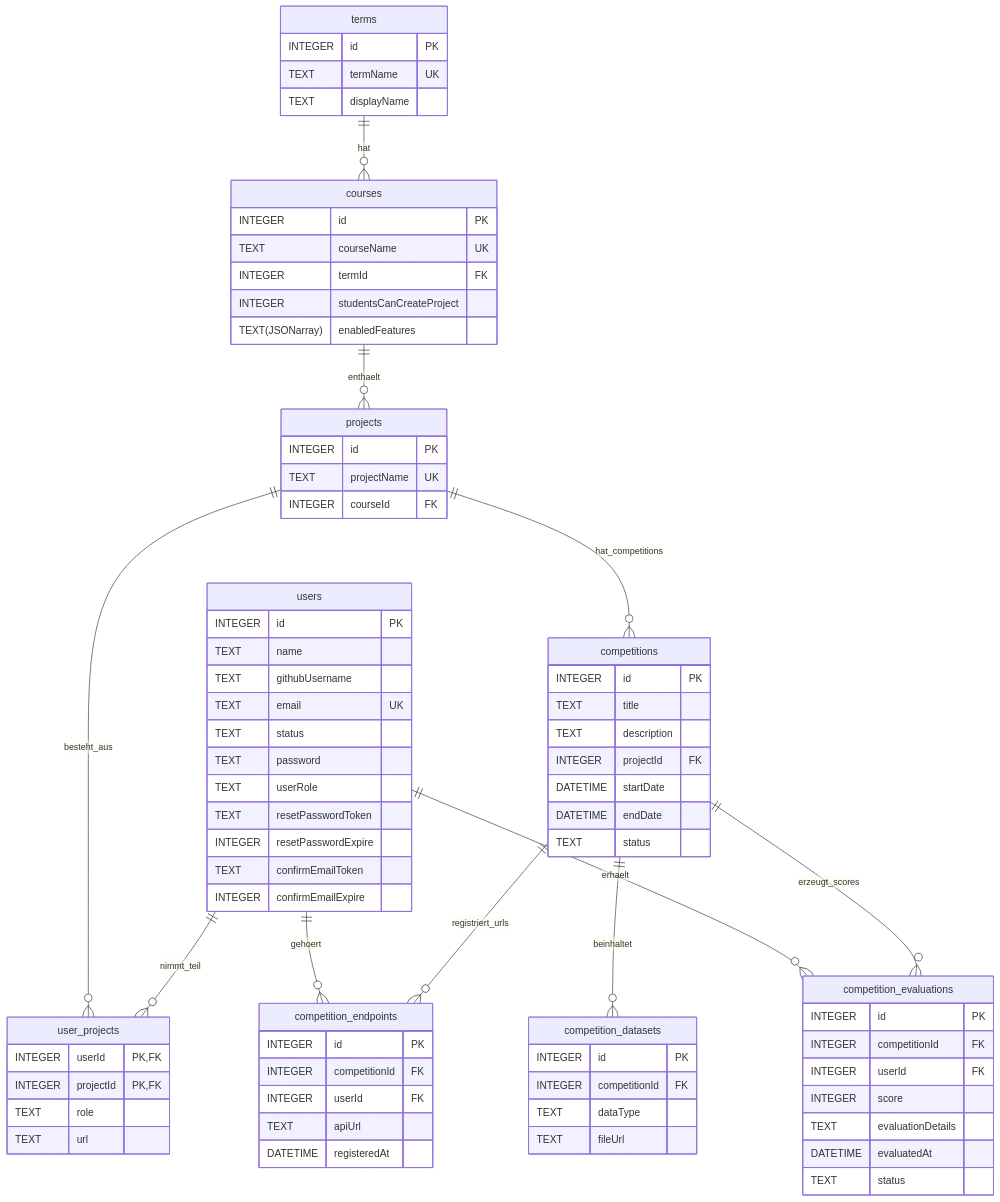
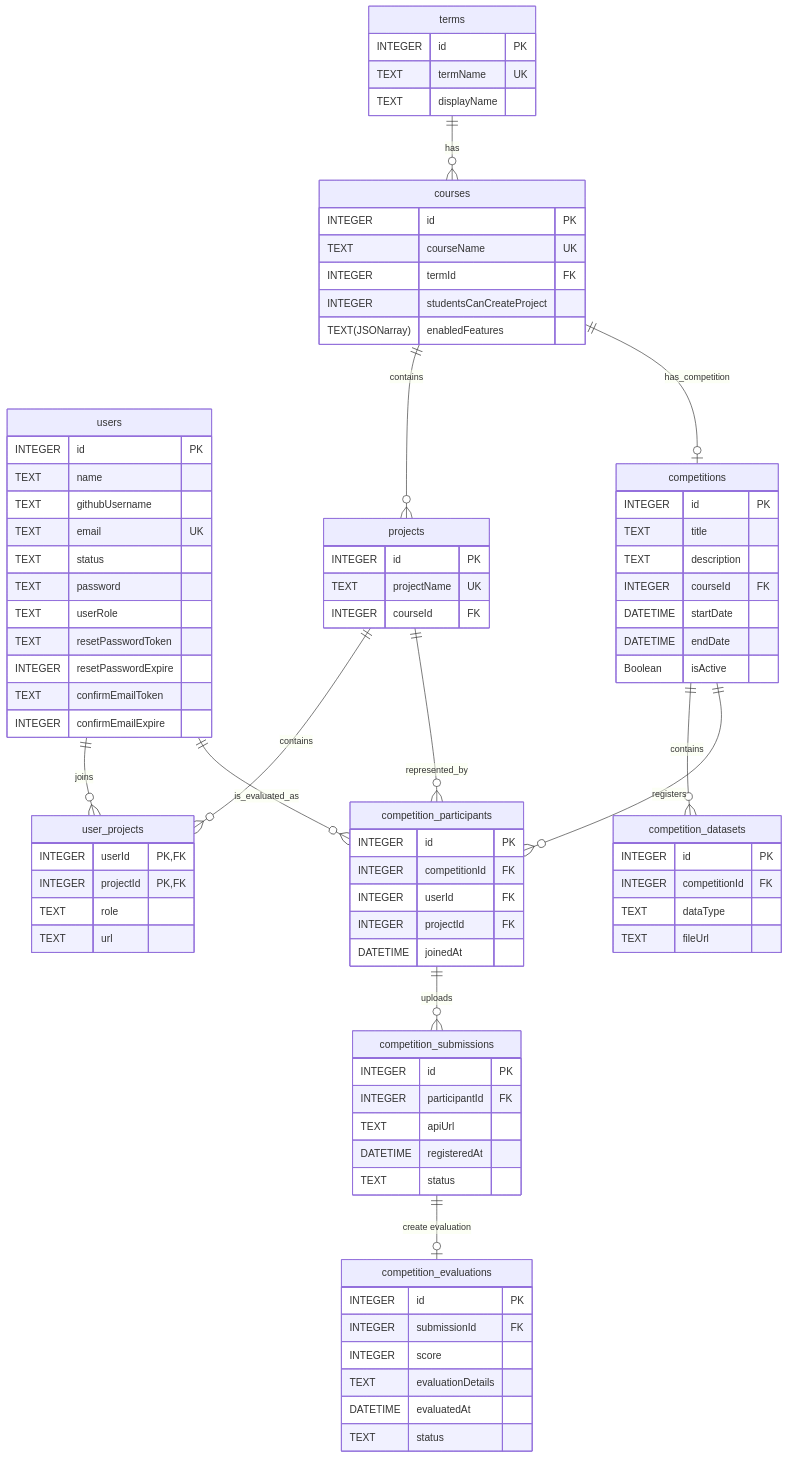
Before and after one commit to riehlegroup/happy-go-lucky: the diagram in docs/database-diagram.md, drawn with Mermaid. The commit also changed 1 other file, not shown here.

Commit message:
Adds class diagram

````diff
--- a/docs/database-diagram.md
+++ b/docs/database-diagram.md
@@ -14,6 +14,13 @@
         INTEGER resetPasswordExpire
         TEXT confirmEmailToken
         INTEGER confirmEmailExpire
+    }
+
+    user_projects {
+        INTEGER userId PK, FK
+        INTEGER projectId PK, FK
+        TEXT role
+        TEXT url
     }
 
     terms {
@@ -36,21 +43,14 @@
         INTEGER courseId FK
     }
 
-    user_projects {
-        INTEGER userId PK, FK
-        INTEGER projectId PK, FK
-        TEXT role
-        TEXT url
-    }
-
     competitions {
         INTEGER id PK
         TEXT title
         TEXT description
-        INTEGER projectId FK
+        INTEGER courseId FK
         DATETIME startDate
         DATETIME endDate
-        TEXT status
+        Boolean isActive
     }
 
     competition_datasets {
@@ -60,32 +60,46 @@
         TEXT fileUrl
     }
 
-    competition_endpoints {
+    competition_participants {
         INTEGER id PK
         INTEGER competitionId FK
         INTEGER userId FK
+        INTEGER projectId FK
+        DATETIME joinedAt
+    }
+
+    competition_submissions {
+        INTEGER id PK
+        INTEGER participantId FK
         TEXT apiUrl
         DATETIME registeredAt
+        TEXT status
     }
 
     competition_evaluations {
         INTEGER id PK
-        INTEGER competitionId FK
-        INTEGER userId FK
+        INTEGER submissionId FK
         INTEGER score
         TEXT evaluationDetails
         DATETIME evaluatedAt
         TEXT status
     }
 
-    terms ||--o{ courses : "hat"
-    courses ||--o{ projects : "enthaelt"
-    users ||--o{ user_projects : "nimmt_teil"
-    projects ||--o{ user_projects : "besteht_aus"
-    projects ||--o{ competitions : "hat_competitions"
-    competitions ||--o{ competition_datasets : "beinhaltet"
-    competitions ||--o{ competition_endpoints : "registriert_urls"
-    competitions ||--o{ competition_evaluations : "erzeugt_scores"
-    users ||--o{ competition_endpoints : "gehoert"
-    users ||--o{ competition_evaluations : "erhaelt"
+    terms ||--o{ courses : "has"
+    courses ||--o{ projects : "contains"
+    users ||--o{ user_projects : "joins"
+    projects ||--o{ user_projects : "contains"
+    courses ||--o| competitions : "has_competition"
+    competitions ||--o{ competition_datasets : "contains"
+    competitions ||--o{ competition_participants : "registers"
+    
+    competition_participants ||--o{ competition_submissions : "uploads"
+    
+
+    competition_submissions ||--o| competition_evaluations : "create evaluation"
+    
+    
+    users ||--o{ competition_participants : "is_evaluated_as"
+    projects ||--o{ competition_participants : "represented_by"
+
 ```
````
